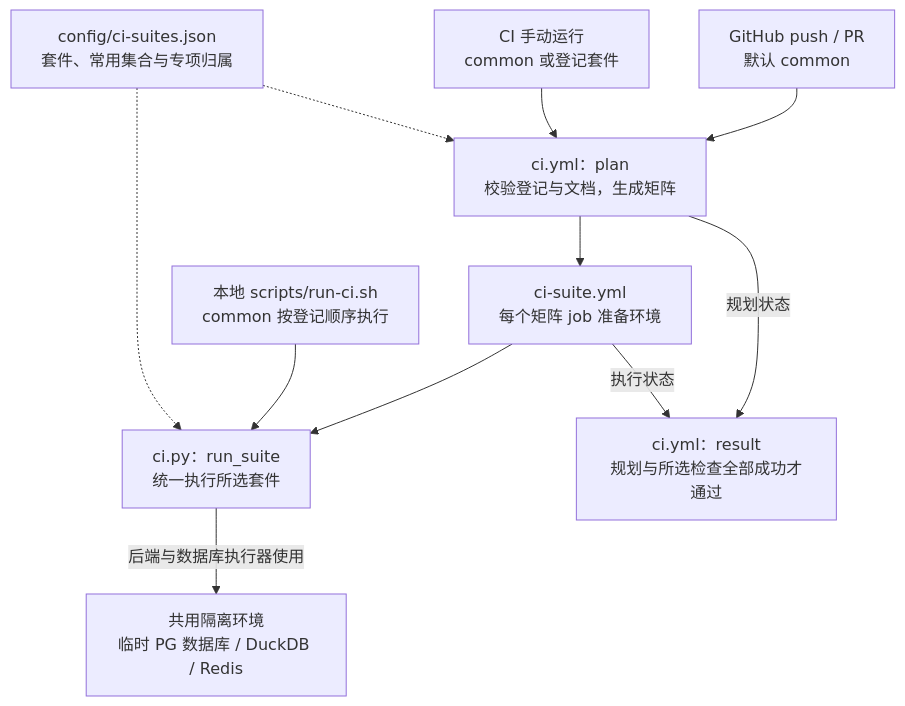
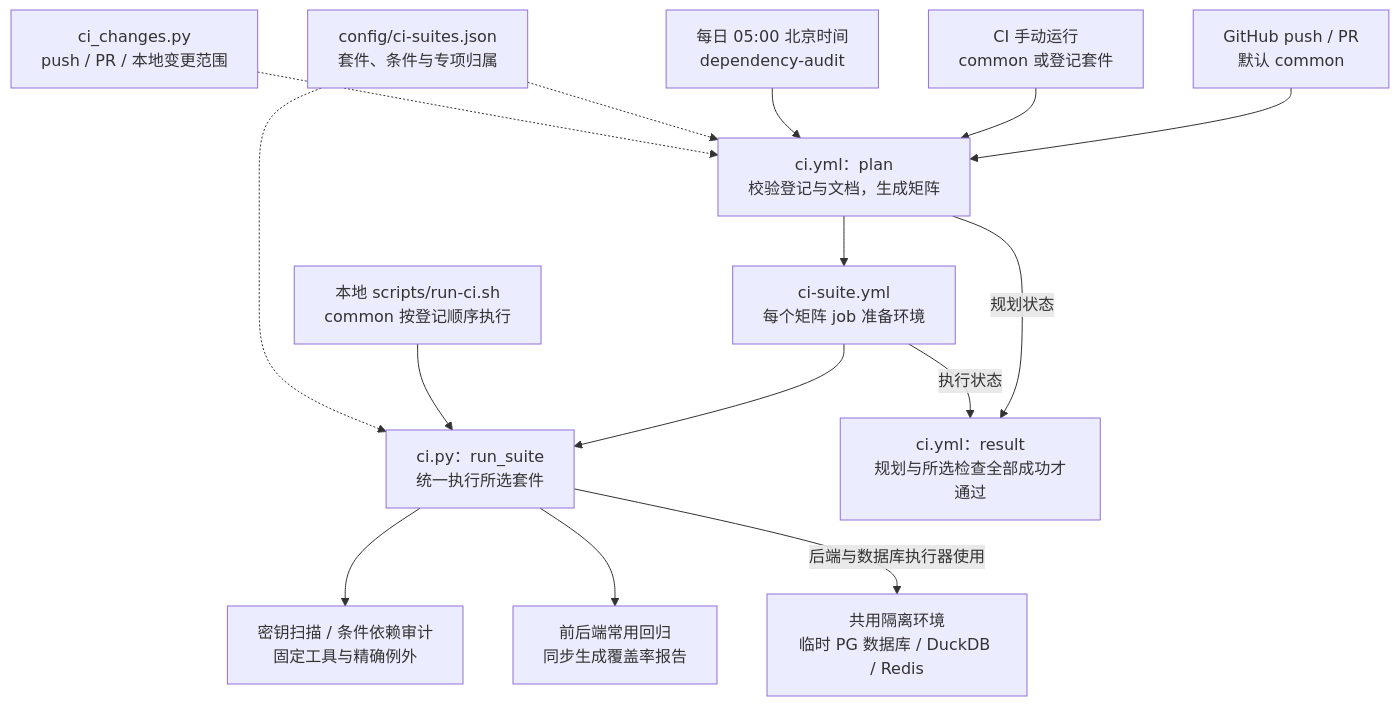
The diagram in agent-works/architecture/continuous-integration.md (fulin-peng-ydxs/ai-stocks), drawn with Mermaid before and after one commit. The commit also changed other lines of this file and 46 other files, not shown here.

````diff
--- a/agent-works/architecture/continuous-integration.md
+++ b/agent-works/architecture/continuous-integration.md
@@ -38,13 +41,17 @@
 ```mermaid
 flowchart TD
   Push["GitHub push / PR<br/>默认 common"] --> Plan["ci.yml：plan<br/>校验登记与文档，生成矩阵"]
   Manual["CI 手动运行<br/>common 或登记套件"] --> Plan
-  Registry["config/ci-suites.json<br/>套件、常用集合与专项归属"] -.-> Plan
+  Daily["每日 05:00 北京时间<br/>dependency-audit"] --> Plan
+  Registry["config/ci-suites.json<br/>套件、条件与专项归属"] -.-> Plan
+  Changes["ci_changes.py<br/>push / PR / 本地变更范围"] -.-> Plan
   Plan --> Workflow["ci-suite.yml<br/>每个矩阵 job 准备环境"]
   Workflow --> Runner["ci.py：run_suite<br/>统一执行所选套件"]
   Local["本地 scripts/run-ci.sh<br/>common 按登记顺序执行"] --> Runner
   Registry -.-> Runner
+  Runner --> Security["密钥扫描 / 条件依赖审计<br/>固定工具与精确例外"]
+  Runner --> Coverage["前后端常用回归<br/>同步生成覆盖率报告"]
   Runner -->|后端与数据库执行器使用| Storage["共用隔离环境<br/>临时 PG 数据库 / DuckDB / Redis"]
   Plan -->|规划状态| Result["ci.yml：result<br/>规划与所选检查全部成功才通过"]
   Workflow -->|执行状态| Result
 ```
````
